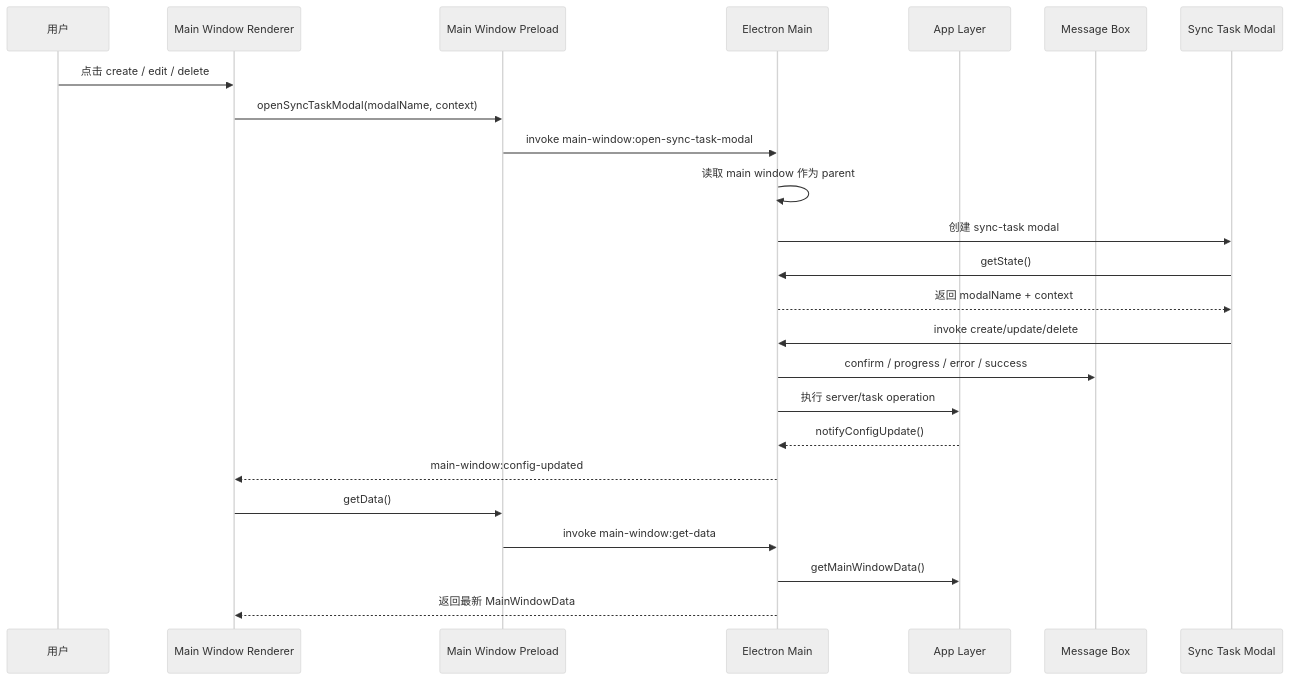
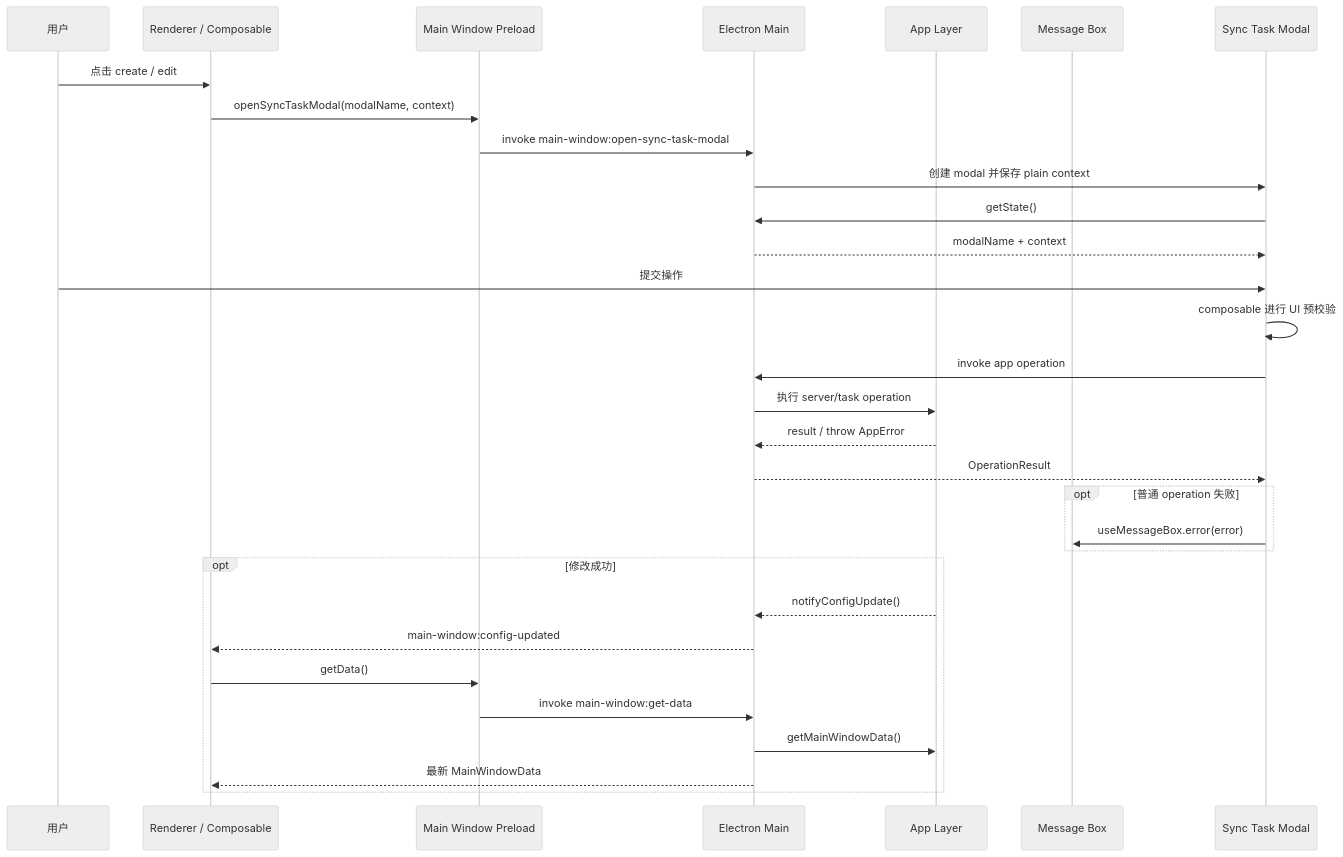
One commit to agalloch21/sync-with-rclone changed diagram 11 of 14 in docs/Flows.md. Above: the diagram before and after it, drawn with Mermaid (neutral theme). The commit also changed other lines of this file and 44 other files, not shown here.

````diff
--- a/docs/Flows.md
+++ b/docs/Flows.md
@@ -297,27 +297,34 @@
 ```mermaid
 sequenceDiagram
   participant U as 用户
-  participant MW as Main Window Renderer
+  participant R as Renderer / Composable
   participant MP as Main Window Preload
   participant EM as Electron Main
   participant APP as App Layer
   participant MB as Message Box
   participant M as Sync Task Modal
 
-  U->>MW: 点击 create / edit / delete
-  MW->>MP: openSyncTaskModal(modalName, context)
+  U->>R: 点击 create / edit
+  R->>MP: openSyncTaskModal(modalName, context)
   MP->>EM: invoke main-window:open-sync-task-modal
-  EM->>EM: 读取 main window 作为 parent
-  EM->>M: 创建 sync-task modal
+  EM->>M: 创建 modal 并保存 plain context
   M->>EM: getState()
-  EM-->>M: 返回 modalName + context
-  M->>EM: invoke create/update/delete
-  EM->>MB: confirm / progress / error / success
+  EM-->>M: modalName + context
+  U->>M: 提交操作
+  M->>M: composable 进行 UI 预校验
+  M->>EM: invoke app operation
   EM->>APP: 执行 server/task operation
-  APP-->>EM: notifyConfigUpdate()
-  EM-->>MW: main-window:config-updated
-  MW->>MP: getData()
-  MP->>EM: invoke main-window:get-data
-  EM->>APP: getMainWindowData()
-  EM-->>MW: 返回最新 MainWindowData
+  APP-->>EM: result / throw AppError
+  EM-->>M: OperationResult
+  opt 普通 operation 失败
+    M->>MB: useMessageBox.error(error)
+  end
+  opt 修改成功
+    APP-->>EM: notifyConfigUpdate()
+    EM-->>R: main-window:config-updated
+    R->>MP: getData()
+    MP->>EM: invoke main-window:get-data
+    EM->>APP: getMainWindowData()
+    EM-->>R: 最新 MainWindowData
+  end
 ```
````
